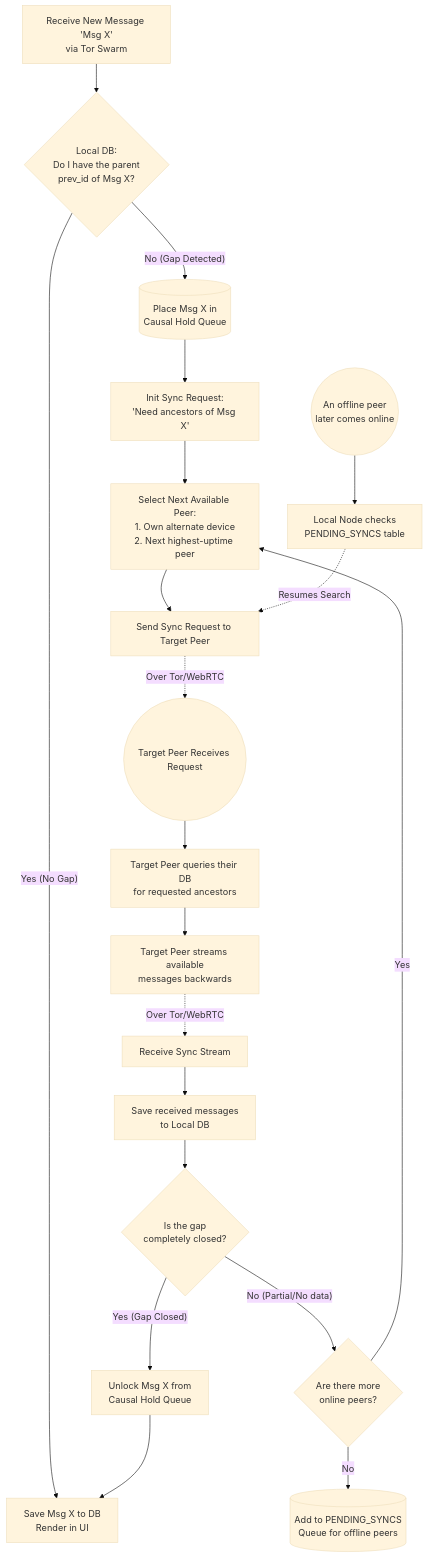
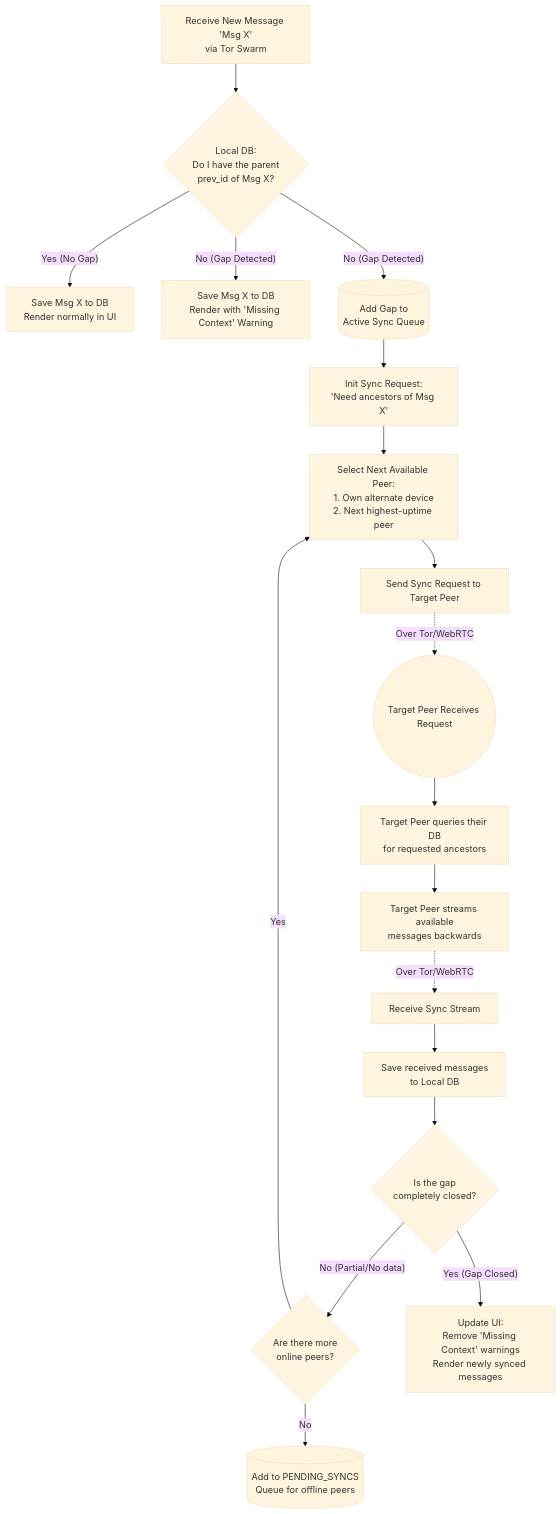
The diagram in docs/Synchronization diagram.mmd (kswiorek/YapYap), drawn with Mermaid (base theme) before and after one commit. The commit also changed 18 other files, not shown here.

Commit message:
More diagrams, observability

```diff
--- a/docs/Synchronization diagram.mmd
+++ b/docs/Synchronization diagram.mmd
@@ -1,49 +1,44 @@
 flowchart TD
 %% The Detection Phase
     Receive[Receive New Message 'Msg X'\nvia Tor Swarm]
     CheckParent{Local DB:\nDo I have the parent\nprev_id of Msg X?}
 
-Receive --> CheckParent
+    Receive --> CheckParent
 
 %% No Gap Path
-CheckParent -- "Yes (No Gap)" --> SaveMsg[Save Msg X to DB\nRender in UI]
+    CheckParent -- "Yes (No Gap)" --> SaveMsg[Save Msg X to DB\nRender normally in UI]
 
-%% Gap Detected Path
-CheckParent -- "No (Gap Detected)" --> HoldQueue[(Place Msg X in\nCausal Hold Queue)]
+%% --- UPDATED: The Non-Blocking Gap Path ---
+    CheckParent -- "No (Gap Detected)" --> SaveWarning[Save Msg X to DB\nRender with 'Missing Context' Warning]
+    CheckParent -- "No (Gap Detected)" --> SyncQueue[(Add Gap to\nActive Sync Queue)]
 
 %% The Sync Strategy Initialization
-HoldQueue --> InitSync[Init Sync Request:\n'Need ancestors of Msg X']
+    SyncQueue --> InitSync[Init Sync Request:\n'Need ancestors of Msg X']
 
 %% The Sequential Fallback Loop
-InitSync --> SelectPeer[Select Next Available Peer:\n1. Own alternate device\n2. Next highest-uptime peer]
+    InitSync --> SelectPeer[Select Next Available Peer:\n1. Own alternate device\n2. Next highest-uptime peer]
 
-SelectPeer --> RequestGap[Send Sync Request to Target Peer]
+    SelectPeer --> RequestGap[Send Sync Request to Target Peer]
 
 %% Target Peer Processing
-PeerReceives((Target Peer Receives Request))
-RequestGap -. "Over Tor/WebRTC" .-> PeerReceives
+    PeerReceives((Target Peer Receives Request))
+    RequestGap -. "Over Tor/WebRTC" .-> PeerReceives
 
-PeerReceives --> PeerQuery[Target Peer queries their DB\nfor requested ancestors]
-PeerQuery --> PeerReply[Target Peer streams available\nmessages backwards]
+    PeerReceives --> PeerQuery[Target Peer queries their DB\nfor requested ancestors]
+    PeerQuery --> PeerReply[Target Peer streams available\nmessages backwards]
 
 %% Processing the Reply (Local Node)
-ReceiveSync[Receive Sync Stream]
-PeerReply -. "Over Tor/WebRTC" .-> ReceiveSync
+    ReceiveSync[Receive Sync Stream]
+    PeerReply -. "Over Tor/WebRTC" .-> ReceiveSync
 
-ReceiveSync --> SaveSync[Save received messages\nto Local DB]
+    ReceiveSync --> SaveSync[Save received messages\nto Local DB]
 
-SaveSync --> CheckGapRemaining{Is the gap\ncompletely closed?}
+    SaveSync --> CheckGapRemaining{Is the gap\ncompletely closed?}
 
 %% Loop or Pause
-CheckGapRemaining -- "No (Partial/No data)" --> CheckMorePeers{Are there more\nonline peers?}
-CheckMorePeers -- "Yes" --> SelectPeer
-CheckMorePeers -- "No" --> PendingTable[(Add to PENDING_SYNCS\nQueue for offline peers)]
+    CheckGapRemaining -- "No (Partial/No data)" --> CheckMorePeers{Are there more\nonline peers?}
+    CheckMorePeers -- "Yes" --> SelectPeer
+    CheckMorePeers -- "No" --> PendingTable[(Add to PENDING_SYNCS\nQueue for offline peers)]
 
 %% Successful Closure
-CheckGapRemaining -- "Yes (Gap Closed)" --> Unlock[Unlock Msg X from\nCausal Hold Queue]
-Unlock --> SaveMsg
-
-%% Future Resolution (The Waiting Game)
-OfflineBoots((An offline peer\nlater comes online))
-OfflineBoots --> CheckPending[Local Node checks\nPENDING_SYNCS table]
-CheckPending -. "Resumes Search" .-> RequestGap
+    CheckGapRemaining -- "Yes (Gap Closed)" --> RemoveWarning[Update UI:\nRemove 'Missing Context' warnings\nRender newly synced messages]
```
